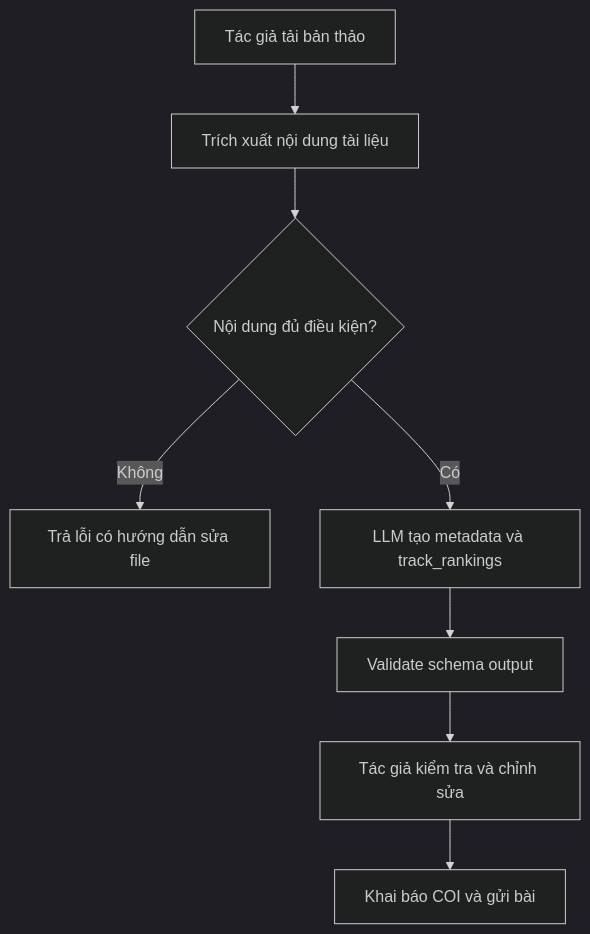
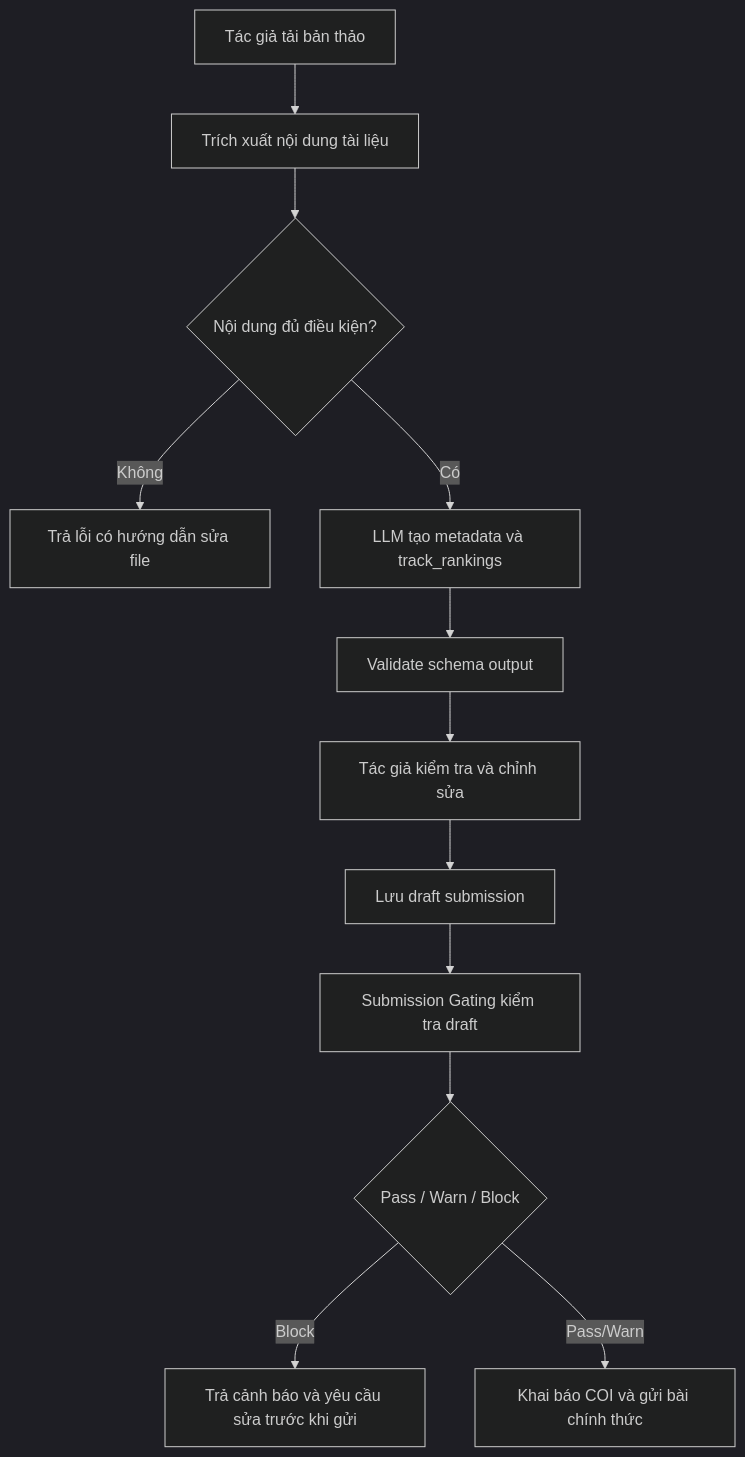
The third of 19 diagrams in docs/report/compiled/final_combined/03-xay-dung-he-thong.md (5CLCsCan/ConferenceSpace), drawn with Mermaid (dark theme) before and after one commit. The commit also changed other lines of this file, not shown here.

Commit message:
Add submission gating to submission flow

````diff
--- a/docs/report/compiled/final_combined/03-xay-dung-he-thong.md
+++ b/docs/report/compiled/final_combined/03-xay-dung-he-thong.md
@@ -144,10 +144,14 @@
 ```mermaid
 flowchart TD
     A["Tác giả tải bản thảo"] --> B["Trích xuất nội dung tài liệu"]
     B --> C{"Nội dung đủ điều kiện?"}
     C -- "Không" --> D["Trả lỗi có hướng dẫn sửa file"]
     C -- "Có" --> E["LLM tạo metadata và track_rankings"]
     E --> F["Validate schema output"]
     F --> G["Tác giả kiểm tra và chỉnh sửa"]
-    G --> H["Khai báo COI và gửi bài"]
+    G --> H["Lưu draft submission"]
+    H --> I["Submission Gating kiểm tra draft"]
+    I --> J{"Pass / Warn / Block"}
+    J -- "Block" --> K["Trả cảnh báo và yêu cầu sửa trước khi gửi"]
+    J -- "Pass/Warn" --> L["Khai báo COI và gửi bài chính thức"]
 ```
````
